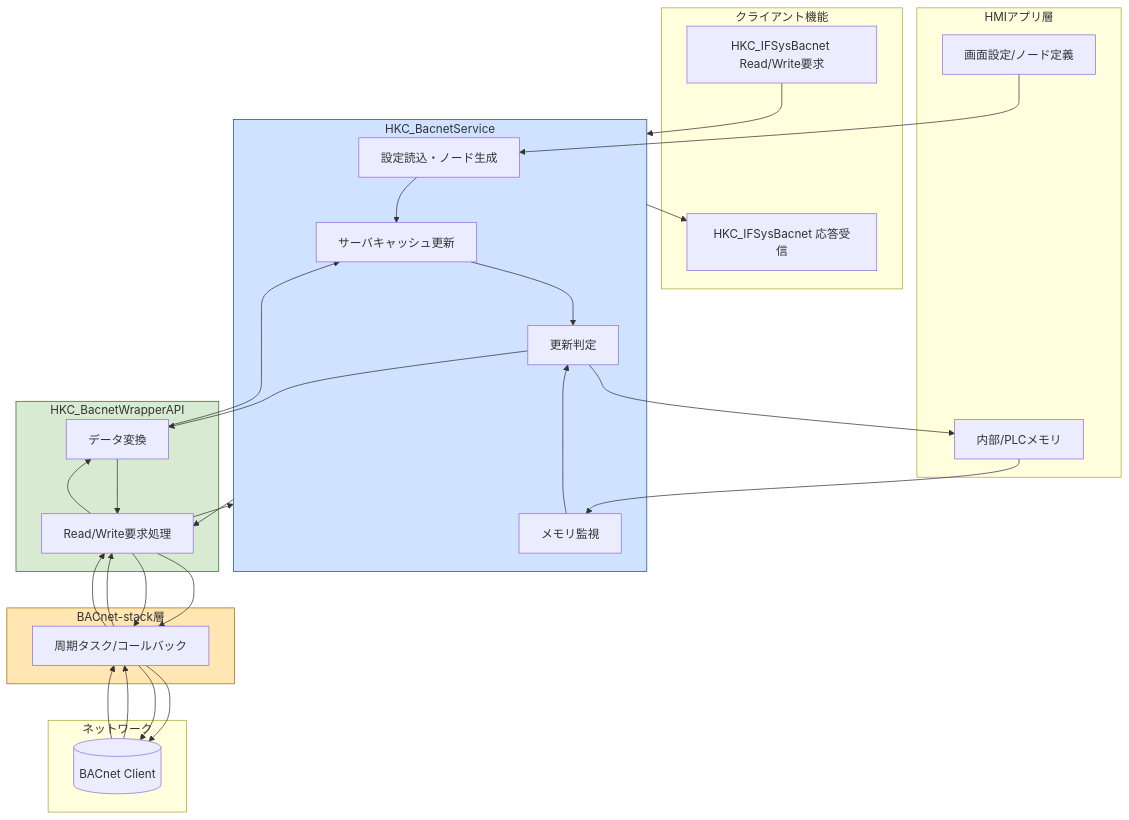
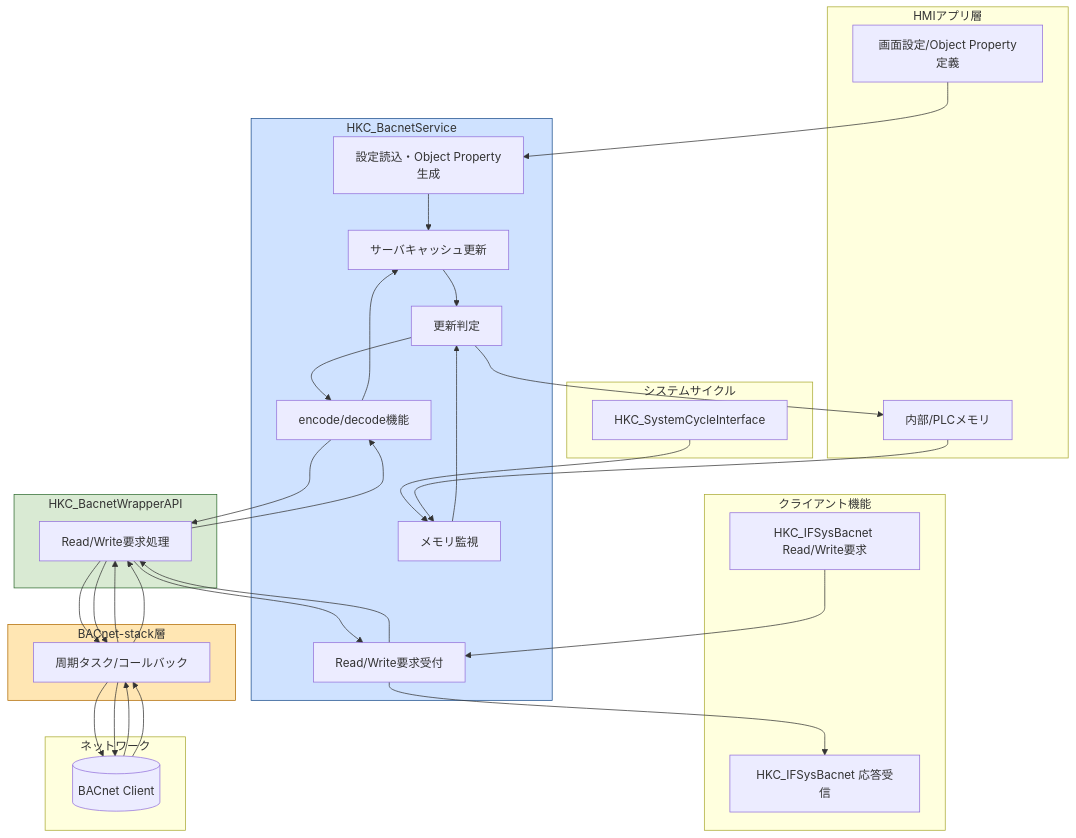
The fifth of 5 diagrams in bacnet.md (moto046/markdown-test), drawn with Mermaid before and after one commit. The commit also changed other lines of this file, not shown here.

````diff
--- a/bacnet.md
+++ b/bacnet.md
@@ -105,37 +180,42 @@
 ```mermaid
 graph TD
     subgraph App[HMIアプリ層]
-      UI[画面設定/ノード定義]
+      UI[画面設定/Object Property定義]
       Mem[内部/PLCメモリ]
     end
     subgraph ClientFunc[クライアント機能]
       IFReq[HKC_IFSysBacnet Read/Write要求]
       IFResp[HKC_IFSysBacnet 応答受信]
     end
+    subgraph Cycle[システムサイクル]
+      CycleIF[HKC_SystemCycleInterface]
+    end
     subgraph Svc[HKC_BacnetService]
-      Init[設定読込・ノード生成]
+      Init[設定読込・Object Property生成]
       Mon[メモリ監視]
       Upd[更新判定]
       Cache[サーバキャッシュ更新]
+      SvcReq[Read/Write要求受付]
+      ConvSvc[encode/decode機能]
     end
     subgraph Wrap[HKC_BacnetWrapperAPI]
-      Conv[データ変換]
       Req[Read/Write要求処理]
     end
     subgraph Stack[BACnet-stack層]
       Task[周期タスク/コールバック]
     end
     subgraph Net[ネットワーク]
       Client[(BACnet Client)]
     end
 
     UI --> Init --> Cache
-    Mem --> Mon --> Upd --> Conv --> Req --> Task --> Client
-    Client --> Task --> Req --> Conv --> Cache --> Upd --> Mem
-    IFReq --> Svc --> Req --> Task --> Client
-    Client --> Task --> Req --> Svc --> IFResp
+  CycleIF --> Mon
+    Mem --> Mon --> Upd --> ConvSvc --> Req --> Task --> Client
+    Client --> Task --> Req --> ConvSvc --> Cache --> Upd --> Mem
+    IFReq --> SvcReq --> Req --> Task --> Client
+    Client --> Task --> Req --> SvcReq --> IFResp
 
     style Svc fill:#cfe2ff,stroke:#1a4d8c
     style Wrap fill:#d9ead3,stroke:#2f6b2f
     style Stack fill:#ffe6b3,stroke:#b06a00
 ```
````
